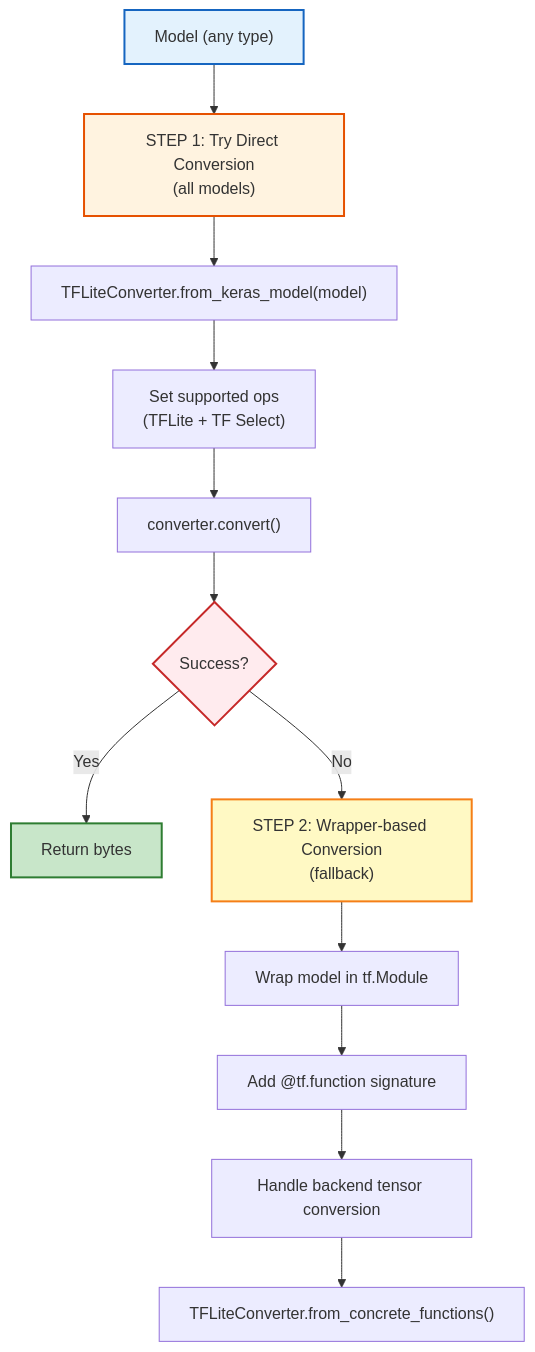
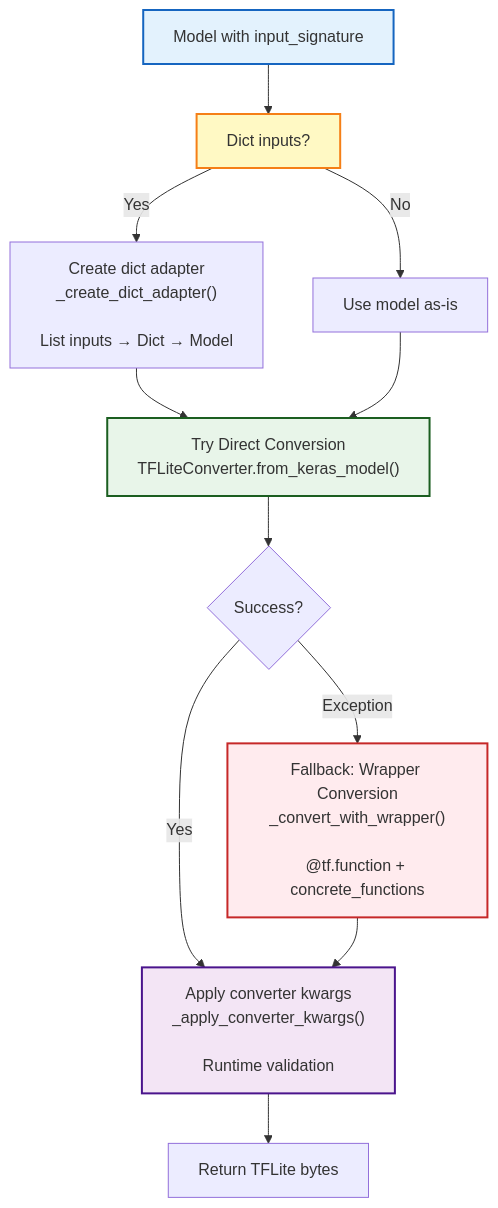
The third of 5 diagrams in LiteRT Export design doc reviewed.md (pctablet505/litert-export-docs), drawn with Mermaid before and after one commit. The commit also changed other lines of this file, not shown here.

````diff
--- a/LiteRT Export design doc reviewed.md
+++ b/LiteRT Export design doc reviewed.md
@@ -292,33 +306,29 @@
 ```mermaid
 flowchart TD
-    A["Model (any type)"]
-    B["STEP 1: Try Direct Conversion<br/>(all models)"]
-    C["TFLiteConverter.from_keras_model(model)"]
-    D["Set supported ops<br/>(TFLite + TF Select)"]
-    E["converter.convert()"]
+    A["Model with input_signature"]
+    B["Dict inputs?"]
+    C["Create dict adapter<br/>_create_dict_adapter()<br/><br/>List inputs → Dict → Model"]
+    D["Use model as-is"]
+    E["Try Direct Conversion<br/>TFLiteConverter.from_keras_model()"]
     F{Success?}
-    G["Return bytes"]
-    H["STEP 2: Wrapper-based Conversion<br/>(fallback)"]
-    I["Wrap model in tf.Module"]
-    J["Add @tf.function signature"]
-    K["Handle backend tensor conversion"]
-    L["TFLiteConverter.from_concrete_functions()"]
+    G["Apply converter kwargs<br/>_apply_converter_kwargs()<br/><br/>Runtime validation"]
+    H["Return TFLite bytes"]
+    I["Fallback: Wrapper Conversion<br/>_convert_with_wrapper()<br/><br/>@tf.function + concrete_functions"]
     
     A --> B
-    B --> C
-    C --> D
+    B -->|Yes| C
+    B -->|No| D
+    C --> E
     D --> E
     E --> F
     F -->|Yes| G
-    F -->|No| H
-    H --> I
-    I --> J
-    J --> K
-    K --> L
+    F -->|Exception| I
+    G --> H
+    I --> G
     
     style A fill:#e3f2fd,stroke:#1565c0,stroke-width:2px
-    style B fill:#fff3e0,stroke:#e65100,stroke-width:2px
-    style F fill:#ffebee,stroke:#c62828,stroke-width:2px
-    style G fill:#c8e6c9,stroke:#2e7d32,stroke-width:2px
-    style H fill:#fff9c4,stroke:#f57f17,stroke-width:2px
+    style B fill:#fff9c4,stroke:#f57f17,stroke-width:2px
+    style E fill:#e8f5e9,stroke:#1b5e20,stroke-width:2px
+    style I fill:#ffebee,stroke:#c62828,stroke-width:2px
+    style G fill:#f3e5f5,stroke:#4a148c,stroke-width:2px
 ```
````
